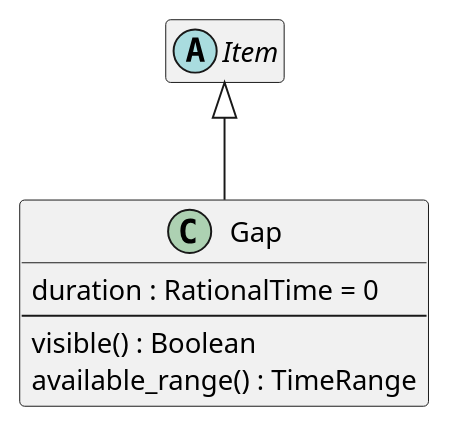
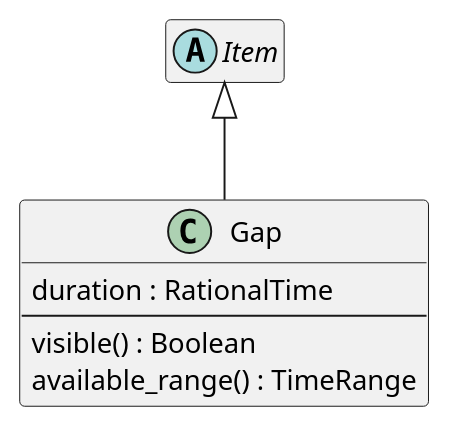
One commit to sandflow/otio-core-specification changed diagram 16 of 32 in src/main/md/otio-core.md. Above: the diagram before and after it, drawn with PlantUML. The commit also changed other lines of this file, not shown here.

````diff
--- a/src/main/md/otio-core.md
+++ b/src/main/md/otio-core.md
@@ -1048,18 +1046,18 @@
 ```puml
 @startuml
 hide empty members
 skinparam classAttributeIconSize 0
 
 abstract Item
 
 Item <|-- Gap
 
 class Gap {
-  duration : RationalTime = 0
+  duration : RationalTime
   --
   visible() : Boolean
   available_range() : TimeRange
 }
 
 @enduml
 ```
````
